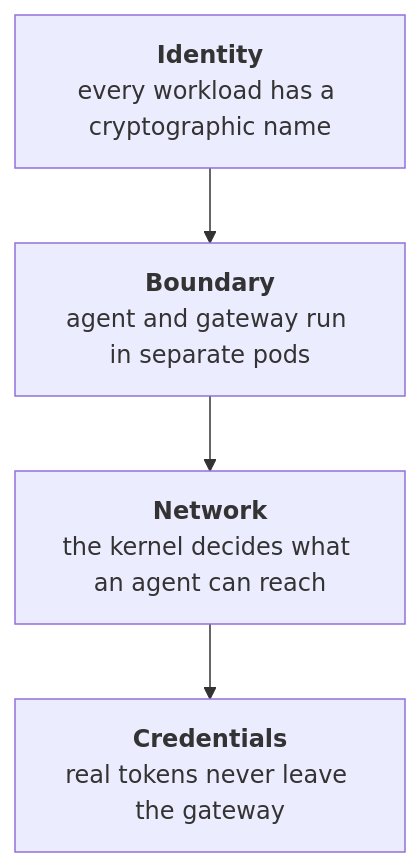
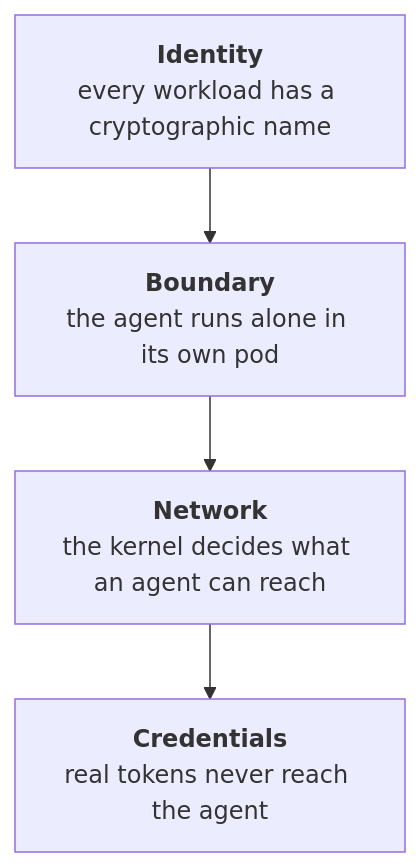
The first of 2 diagrams in docs/strategy/security-overview.md (dam-agents/dam), drawn with Mermaid before and after one commit. The commit also changed other lines of this file, not shown here.

Commit message:
docs: defer gateway/Envoy to Trust Boundary section

````diff
--- a/docs/strategy/security-overview.md
+++ b/docs/strategy/security-overview.md
@@ -11,8 +11,8 @@
 ```mermaid
 flowchart TB
   L1["<b>Identity</b><br/>every workload has a cryptographic name"]
-  L2["<b>Boundary</b><br/>agent and gateway run in separate pods"]
+  L2["<b>Boundary</b><br/>the agent runs alone in its own pod"]
   L3["<b>Network</b><br/>the kernel decides what an agent can reach"]
-  L4["<b>Credentials</b><br/>real tokens never leave the gateway"]
+  L4["<b>Credentials</b><br/>real tokens never reach the agent"]
   L1 --> L2 --> L3 --> L4
 ```
````
